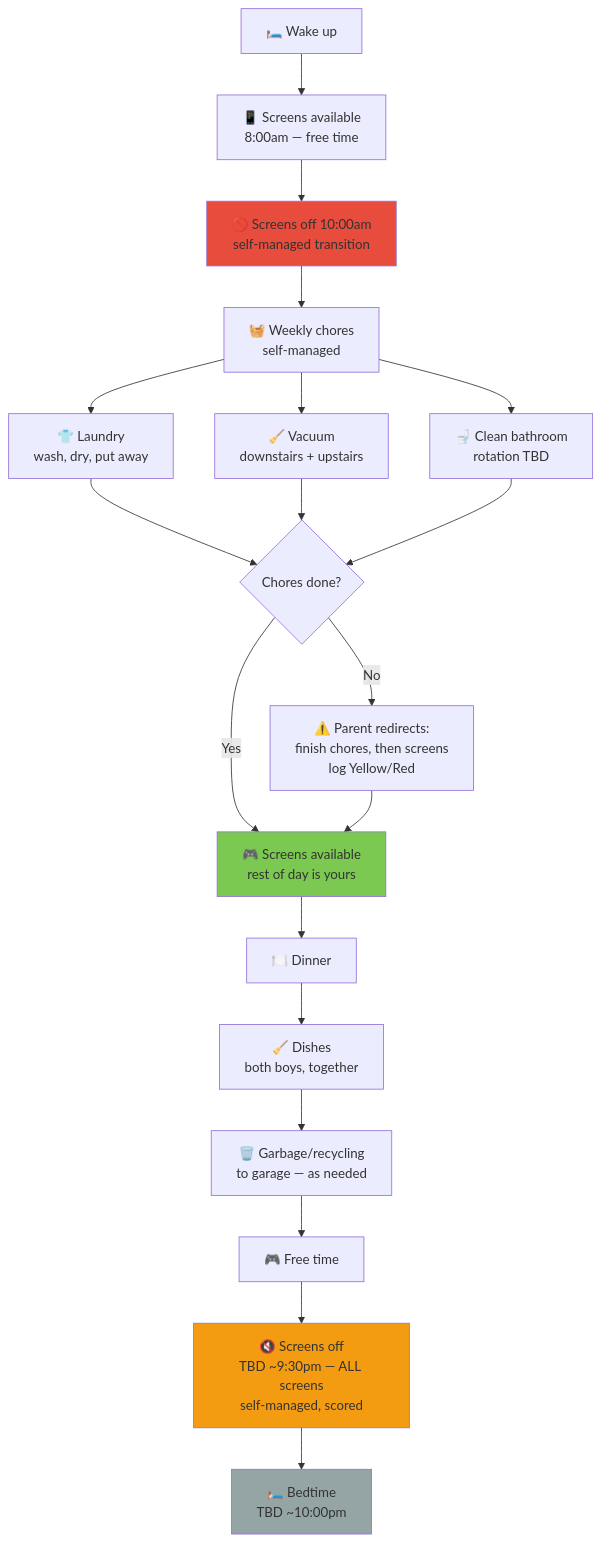
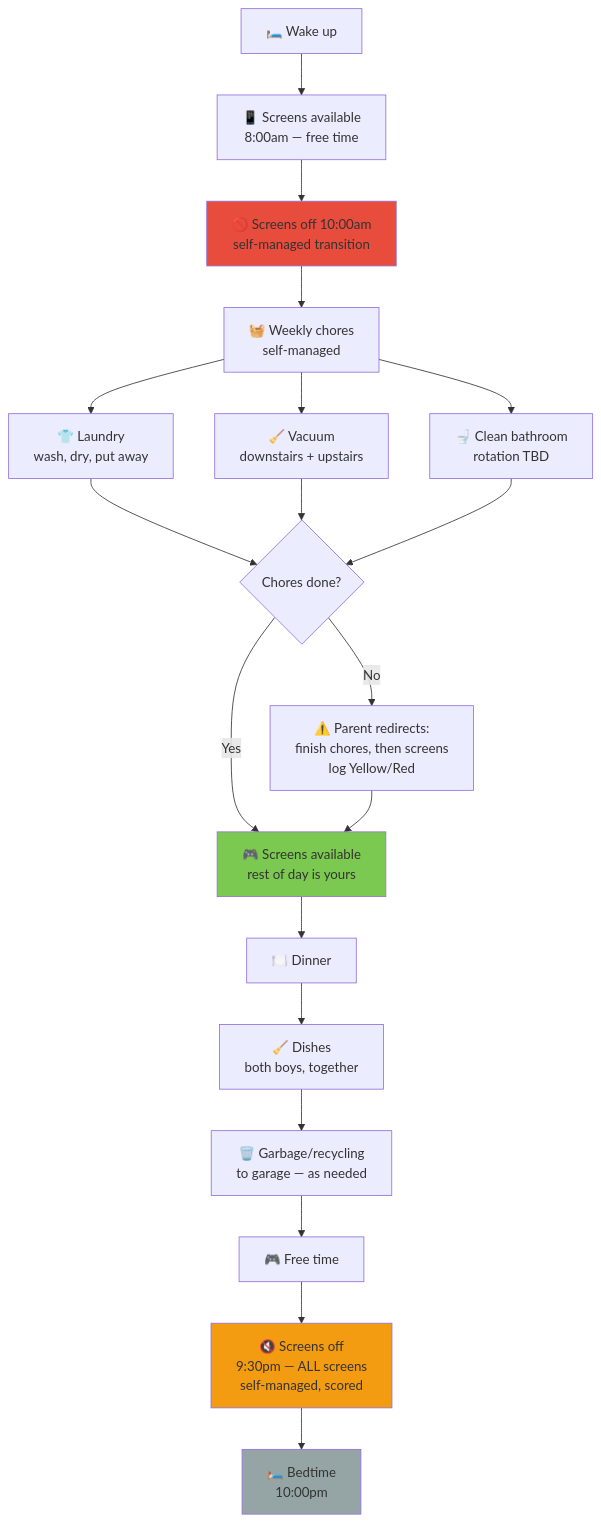
Before and after one commit to ajass/technology-reset: the second of 2 diagrams in day-types/02-saturday.md, drawn with Mermaid. The commit also changed other lines of this file and 3 other files, not shown here.

First line of the commit message:
Set concrete bedtimes, remove all TBD

````diff
--- a/day-types/02-saturday.md
+++ b/day-types/02-saturday.md
@@ -52,26 +52,26 @@
 ```mermaid
 flowchart TD
     A["🛏️ Wake up"] --> B["📱 Screens available<br/>8:00am — free time"]
     B --> C["🚫 Screens off 10:00am<br/>self-managed transition"]
     C --> D["🧺 Weekly chores<br/>self-managed"]
     D --> D1["👕 Laundry<br/>wash, dry, put away"]
     D --> D2["🧹 Vacuum<br/>downstairs + upstairs"]
     D --> D3["🚽 Clean bathroom<br/>rotation TBD"]
     D1 --> E{"Chores done?"}
     D2 --> E
     D3 --> E
     E -->|Yes| F["🎮 Screens available<br/>rest of day is yours"]
     E -->|No| G["⚠️ Parent redirects:<br/>finish chores, then screens<br/>log Yellow/Red"]
     G --> F
     F --> H["🍽️ Dinner"]
     H --> J["🧹 Dishes<br/>both boys, together"]
     J --> K["🗑️ Garbage/recycling<br/>to garage — as needed"]
     K --> L["🎮 Free time"]
-    L --> M["🔇 Screens off<br/>TBD ~9:30pm — ALL screens<br/>self-managed, scored"]
-    M --> N["🛏️ Bedtime<br/>TBD ~10:00pm"]
+    L --> M["🔇 Screens off<br/>9:30pm — ALL screens<br/>self-managed, scored"]
+    M --> N["🛏️ Bedtime<br/>10:00pm"]
 
     style C fill:#e74c3c
     style F fill:#7bc950
     style M fill:#f39c12
     style N fill:#95a5a6
 ```
````
